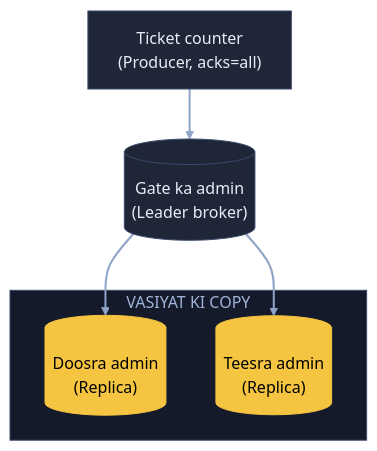
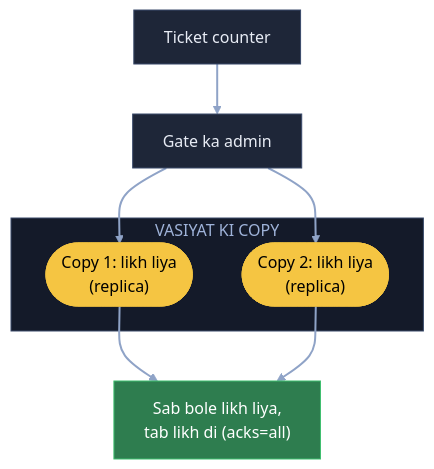
The fifth of 10 diagrams in 04_HLD/SYSTEM_DESIGNS/12_message_queue_kafka/12_message_queue_kafka.md (ArpanMaheshwari144/Prep), drawn with Mermaid before and after one commit. The commit also changed other lines of this file, not shown here.

Commit message:
Kafka: 10 diagram stadium kahani (hand notes) se; runner / order cancel / min.insync / 5000 fan jaisi apni jodi baatein hatai, K6 pehli soch wapas

````diff
--- a/04_HLD/SYSTEM_DESIGNS/12_message_queue_kafka/12_message_queue_kafka.md
+++ b/04_HLD/SYSTEM_DESIGNS/12_message_queue_kafka/12_message_queue_kafka.md
@@ -159,18 +173,21 @@
 ```mermaid
 flowchart TB
-    O["Ticket counter<br/>(Producer, acks=all)"]:::card
-    L[("Gate ka admin<br/>(Leader broker)")]:::card
+    T["Ticket counter"]:::card
+    L["Gate ka admin"]:::card
     subgraph VC["VASIYAT KI COPY"]
-        R1[("Doosra admin<br/>(Replica)")]:::pill
-        R2[("Teesra admin<br/>(Replica)")]:::pill
+        R1(["Copy 1: likh liya<br/>(replica)"]):::pill
+        R2(["Copy 2: likh liya<br/>(replica)"]):::pill
     end
-    O --> L
+    OK["Sab bole likh liya,<br/>tab likh di (acks=all)"]:::good
+    T --> L
     L --> R1
     L --> R2
+    R1 --> OK
+    R2 --> OK
     linkStyle default stroke:#8fa3c7,stroke-width:2px
     classDef card fill:#1e2638,stroke:#3a4a6b,color:#e8ecf5
     classDef pill fill:#f5c542,stroke:#f5c542,color:#000
     classDef good fill:#2e7d4f,stroke:#3fbf6f,color:#fff
     classDef bad fill:#5c1f24,stroke:#e05561,color:#fff
     style VC fill:#141a29,stroke:#3a4a6b,color:#9fb3d9
 ```
````
